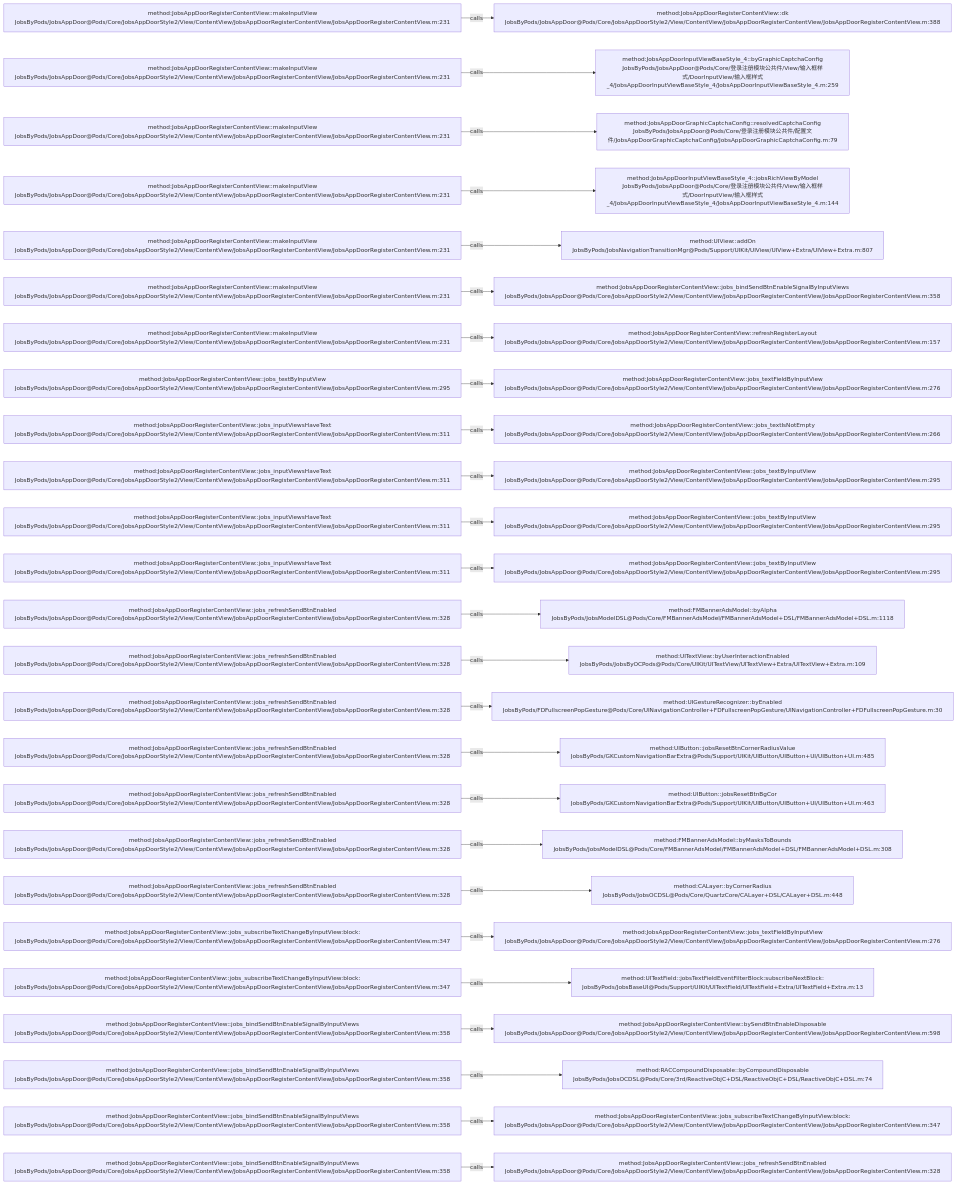
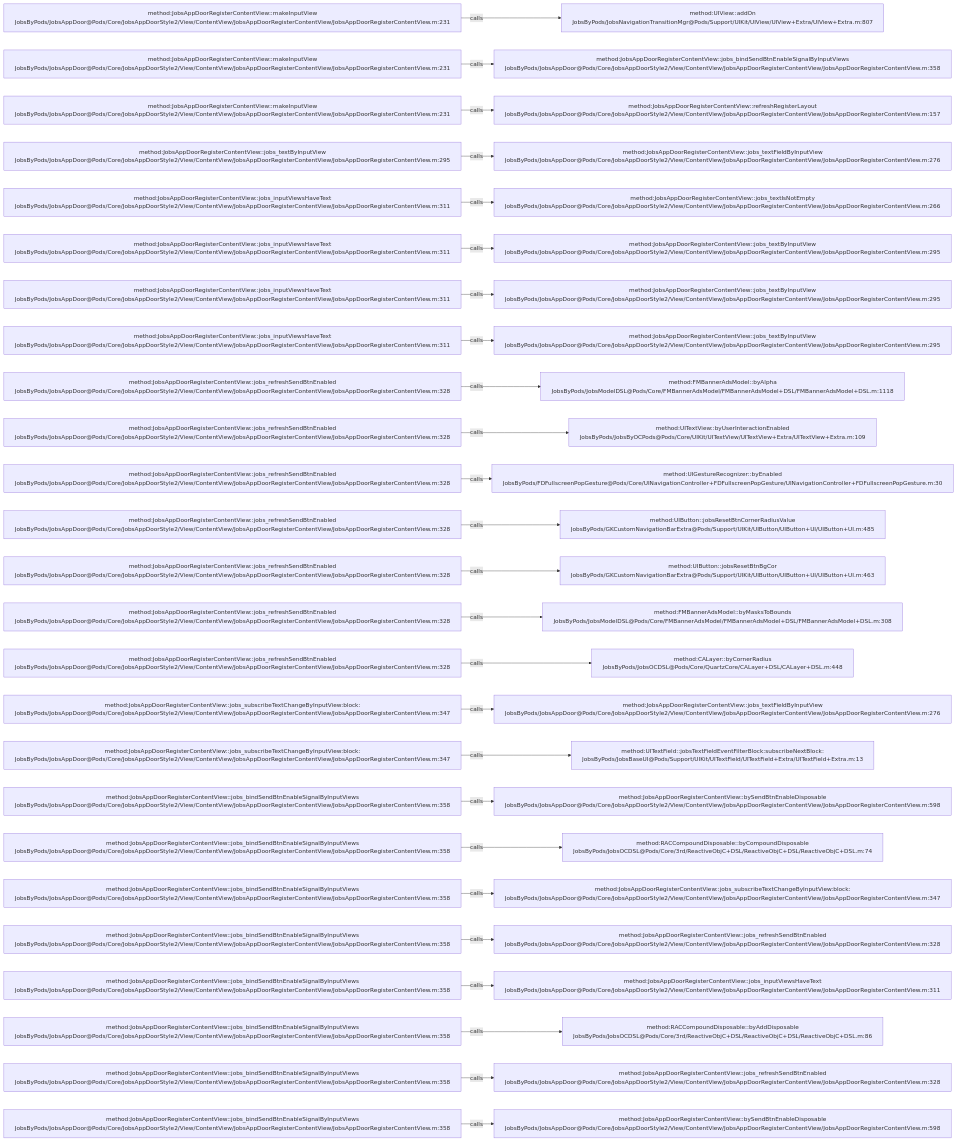
The diagram in .codegraph/codegraph.md/graphs/calls-128.md (JobsKits/JobsOCBaseConfigDemo), drawn with Mermaid before and after one commit. The commit also changed 116 other files, not shown here.

````diff
--- a/.codegraph/codegraph.md/graphs/calls-128.md
+++ b/.codegraph/codegraph.md/graphs/calls-128.md
@@ -13,78 +13,78 @@
 ```mermaid
 flowchart LR
   S1["method:JobsAppDoorRegisterContentView::makeInputView<br/>JobsByPods/JobsAppDoor@Pods/Core/JobsAppDoorStyle2/View/ContentView/JobsAppDoorRegisterContentView/JobsAppDoorRegisterContentView.m:231"]
-  T1["method:JobsAppDoorRegisterContentView::dk<br/>JobsByPods/JobsAppDoor@Pods/Core/JobsAppDoorStyle2/View/ContentView/JobsAppDoorRegisterContentView/JobsAppDoorRegisterContentView.m:388"]
+  T1["method:UIView::addOn<br/>JobsByPods/JobsNavigationTransitionMgr@Pods/Support/UIKit/UIView/UIView+Extra/UIView+Extra.m:807"]
   S1 -->|calls| T1
   S2["method:JobsAppDoorRegisterContentView::makeInputView<br/>JobsByPods/JobsAppDoor@Pods/Core/JobsAppDoorStyle2/View/ContentView/JobsAppDoorRegisterContentView/JobsAppDoorRegisterContentView.m:231"]
-  T2["method:JobsAppDoorInputViewBaseStyle_4::byGraphicCaptchaConfig<br/>JobsByPods/JobsAppDoor@Pods/Core/登录注册模块公共件/View/输入框样式/DoorInputView/输入框样式_4/JobsAppDoorInputViewBaseStyle_4/JobsAppDoorInputViewBaseStyle_4.m:259"]
+  T2["method:JobsAppDoorRegisterContentView::jobs_bindSendBtnEnableSignalByInputViews<br/>JobsByPods/JobsAppDoor@Pods/Core/JobsAppDoorStyle2/View/ContentView/JobsAppDoorRegisterContentView/JobsAppDoorRegisterContentView.m:358"]
   S2 -->|calls| T2
   S3["method:JobsAppDoorRegisterContentView::makeInputView<br/>JobsByPods/JobsAppDoor@Pods/Core/JobsAppDoorStyle2/View/ContentView/JobsAppDoorRegisterContentView/JobsAppDoorRegisterContentView.m:231"]
-  T3["method:JobsAppDoorGraphicCaptchaConfig::resolvedCaptchaConfig<br/>JobsByPods/JobsAppDoor@Pods/Core/登录注册模块公共件/配置文件/JobsAppDoorGraphicCaptchaConfig/JobsAppDoorGraphicCaptchaConfig.m:79"]
+  T3["method:JobsAppDoorRegisterContentView::refreshRegisterLayout<br/>JobsByPods/JobsAppDoor@Pods/Core/JobsAppDoorStyle2/View/ContentView/JobsAppDoorRegisterContentView/JobsAppDoorRegisterContentView.m:157"]
   S3 -->|calls| T3
-  S4["method:JobsAppDoorRegisterContentView::makeInputView<br/>JobsByPods/JobsAppDoor@Pods/Core/JobsAppDoorStyle2/View/ContentView/JobsAppDoorRegisterContentView/JobsAppDoorRegisterContentView.m:231"]
-  T4["method:JobsAppDoorInputViewBaseStyle_4::jobsRichViewByModel<br/>JobsByPods/JobsAppDoor@Pods/Core/登录注册模块公共件/View/输入框样式/DoorInputView/输入框样式_4/JobsAppDoorInputViewBaseStyle_4/JobsAppDoorInputViewBaseStyle_4.m:144"]
+  S4["method:JobsAppDoorRegisterContentView::jobs_textByInputView<br/>JobsByPods/JobsAppDoor@Pods/Core/JobsAppDoorStyle2/View/ContentView/JobsAppDoorRegisterContentView/JobsAppDoorRegisterContentView.m:295"]
+  T4["method:JobsAppDoorRegisterContentView::jobs_textFieldByInputView<br/>JobsByPods/JobsAppDoor@Pods/Core/JobsAppDoorStyle2/View/ContentView/JobsAppDoorRegisterContentView/JobsAppDoorRegisterContentView.m:276"]
   S4 -->|calls| T4
-  S5["method:JobsAppDoorRegisterContentView::makeInputView<br/>JobsByPods/JobsAppDoor@Pods/Core/JobsAppDoorStyle2/View/ContentView/JobsAppDoorRegisterContentView/JobsAppDoorRegisterContentView.m:231"]
-  T5["method:UIView::addOn<br/>JobsByPods/JobsNavigationTransitionMgr@Pods/Support/UIKit/UIView/UIView+Extra/UIView+Extra.m:807"]
+  S5["method:JobsAppDoorRegisterContentView::jobs_inputViewsHaveText<br/>JobsByPods/JobsAppDoor@Pods/Core/JobsAppDoorStyle2/View/ContentView/JobsAppDoorRegisterContentView/JobsAppDoorRegisterContentView.m:311"]
+  T5["method:JobsAppDoorRegisterContentView::jobs_textIsNotEmpty<br/>JobsByPods/JobsAppDoor@Pods/Core/JobsAppDoorStyle2/View/ContentView/JobsAppDoorRegisterContentView/JobsAppDoorRegisterContentView.m:266"]
   S5 -->|calls| T5
-  S6["method:JobsAppDoorRegisterContentView::makeInputView<br/>JobsByPods/JobsAppDoor@Pods/Core/JobsAppDoorStyle2/View/ContentView/JobsAppDoorRegisterContentView/JobsAppDoorRegisterContentView.m:231"]
-  T6["method:JobsAppDoorRegisterContentView::jobs_bindSendBtnEnableSignalByInputViews<br/>JobsByPods/JobsAppDoor@Pods/Core/JobsAppDoorStyle2/View/ContentView/JobsAppDoorRegisterContentView/JobsAppDoorRegisterContentView.m:358"]
+  S6["method:JobsAppDoorRegisterContentView::jobs_inputViewsHaveText<br/>JobsByPods/JobsAppDoor@Pods/Core/JobsAppDoorStyle2/View/ContentView/JobsAppDoorRegisterContentView/JobsAppDoorRegisterContentView.m:311"]
+  T6["method:JobsAppDoorRegisterContentView::jobs_textByInputView<br/>JobsByPods/JobsAppDoor@Pods/Core/JobsAppDoorStyle2/View/ContentView/JobsAppDoorRegisterContentView/JobsAppDoorRegisterContentView.m:295"]
   S6 -->|calls| T6
-  S7["method:JobsAppDoorRegisterContentView::makeInputView<br/>JobsByPods/JobsAppDoor@Pods/Core/JobsAppDoorStyle2/View/ContentView/JobsAppDoorRegisterContentView/JobsAppDoorRegisterContentView.m:231"]
-  T7["method:JobsAppDoorRegisterContentView::refreshRegisterLayout<br/>JobsByPods/JobsAppDoor@Pods/Core/JobsAppDoorStyle2/View/ContentView/JobsAppDoorRegisterContentView/JobsAppDoorRegisterContentView.m:157"]
+  S7["method:JobsAppDoorRegisterContentView::jobs_inputViewsHaveText<br/>JobsByPods/JobsAppDoor@Pods/Core/JobsAppDoorStyle2/View/ContentView/JobsAppDoorRegisterContentView/JobsAppDoorRegisterContentView.m:311"]
+  T7["method:JobsAppDoorRegisterContentView::jobs_textByInputView<br/>JobsByPods/JobsAppDoor@Pods/Core/JobsAppDoorStyle2/View/ContentView/JobsAppDoorRegisterContentView/JobsAppDoorRegisterContentView.m:295"]
   S7 -->|calls| T7
-  S8["method:JobsAppDoorRegisterContentView::jobs_textByInputView<br/>JobsByPods/JobsAppDoor@Pods/Core/JobsAppDoorStyle2/View/ContentView/JobsAppDoorRegisterContentView/JobsAppDoorRegisterContentView.m:295"]
-  T8["method:JobsAppDoorRegisterContentView::jobs_textFieldByInputView<br/>JobsByPods/JobsAppDoor@Pods/Core/JobsAppDoorStyle2/View/ContentView/JobsAppDoorRegisterContentView/JobsAppDoorRegisterContentView.m:276"]
+  S8["method:JobsAppDoorRegisterContentView::jobs_inputViewsHaveText<br/>JobsByPods/JobsAppDoor@Pods/Core/JobsAppDoorStyle2/View/ContentView/JobsAppDoorRegisterContentView/JobsAppDoorRegisterContentView.m:311"]
+  T8["method:JobsAppDoorRegisterContentView::jobs_textByInputView<br/>JobsByPods/JobsAppDoor@Pods/Core/JobsAppDoorStyle2/View/ContentView/JobsAppDoorRegisterContentView/JobsAppDoorRegisterContentView.m:295"]
   S8 -->|calls| T8
-  S9["method:JobsAppDoorRegisterContentView::jobs_inputViewsHaveText<br/>JobsByPods/JobsAppDoor@Pods/Core/JobsAppDoorStyle2/View/ContentView/JobsAppDoorRegisterContentView/JobsAppDoorRegisterContentView.m:311"]
-  T9["method:JobsAppDoorRegisterContentView::jobs_textIsNotEmpty<br/>JobsByPods/JobsAppDoor@Pods/Core/JobsAppDoorStyle2/View/ContentView/JobsAppDoorRegisterContentView/JobsAppDoorRegisterContentView.m:266"]
+  S9["method:JobsAppDoorRegisterContentView::jobs_refreshSendBtnEnabled<br/>JobsByPods/JobsAppDoor@Pods/Core/JobsAppDoorStyle2/View/ContentView/JobsAppDoorRegisterContentView/JobsAppDoorRegisterContentView.m:328"]
+  T9["method:FMBannerAdsModel::byAlpha<br/>JobsByPods/JobsModelDSL@Pods/Core/FMBannerAdsModel/FMBannerAdsModel+DSL/FMBannerAdsModel+DSL.m:1118"]
   S9 -->|calls| T9
-  S10["method:JobsAppDoorRegisterContentView::jobs_inputViewsHaveText<br/>JobsByPods/JobsAppDoor@Pods/Core/JobsAppDoorStyle2/View/ContentView/JobsAppDoorRegisterContentView/JobsAppDoorRegisterContentView.m:311"]
-  T10["method:JobsAppDoorRegisterContentView::jobs_textByInputView<br/>JobsByPods/JobsAppDoor@Pods/Core/JobsAppDoorStyle2/View/ContentView/JobsAppDoorRegisterContentView/JobsAppDoorRegisterContentView.m:295"]
+  S10["method:JobsAppDoorRegisterContentView::jobs_refreshSendBtnEnabled<br/>JobsByPods/JobsAppDoor@Pods/Core/JobsAppDoorStyle2/View/ContentView/JobsAppDoorRegisterContentView/JobsAppDoorRegisterContentView.m:328"]
+  T10["method:UITextView::byUserInteractionEnabled<br/>JobsByPods/JobsByOCPods@Pods/Core/UIKit/UITextView/UITextView+Extra/UITextView+Extra.m:109"]
   S10 -->|calls| T10
-  S11["method:JobsAppDoorRegisterContentView::jobs_inputViewsHaveText<br/>JobsByPods/JobsAppDoor@Pods/Core/JobsAppDoorStyle2/View/ContentView/JobsAppDoorRegisterContentView/JobsAppDoorRegisterContentView.m:311"]
-  T11["method:JobsAppDoorRegisterContentView::jobs_textByInputView<br/>JobsByPods/JobsAppDoor@Pods/Core/JobsAppDoorStyle2/View/ContentView/JobsAppDoorRegisterContentView/JobsAppDoorRegisterContentView.m:295"]
+  S11["method:JobsAppDoorRegisterContentView::jobs_refreshSendBtnEnabled<br/>JobsByPods/JobsAppDoor@Pods/Core/JobsAppDoorStyle2/View/ContentView/JobsAppDoorRegisterContentView/JobsAppDoorRegisterContentView.m:328"]
+  T11["method:UIGestureRecognizer::byEnabled<br/>JobsByPods/FDFullscreenPopGesture@Pods/Core/UINavigationController+FDFullscreenPopGesture/UINavigationController+FDFullscreenPopGesture.m:30"]
   S11 -->|calls| T11
-  S12["method:JobsAppDoorRegisterContentView::jobs_inputViewsHaveText<br/>JobsByPods/JobsAppDoor@Pods/Core/JobsAppDoorStyle2/View/ContentView/JobsAppDoorRegisterContentView/JobsAppDoorRegisterContentView.m:311"]
-  T12["method:JobsAppDoorRegisterContentView::jobs_textByInputView<br/>JobsByPods/JobsAppDoor@Pods/Core/JobsAppDoorStyle2/View/ContentView/JobsAppDoorRegisterContentView/JobsAppDoorRegisterContentView.m:295"]
+  S12["method:JobsAppDoorRegisterContentView::jobs_refreshSendBtnEnabled<br/>JobsByPods/JobsAppDoor@Pods/Core/JobsAppDoorStyle2/View/ContentView/JobsAppDoorRegisterContentView/JobsAppDoorRegisterContentView.m:328"]
+  T12["method:UIButton::jobsResetBtnCornerRadiusValue<br/>JobsByPods/GKCustomNavigationBarExtra@Pods/Support/UIKit/UIButton/UIButton+UI/UIButton+UI.m:485"]
   S12 -->|calls| T12
   S13["method:JobsAppDoorRegisterContentView::jobs_refreshSendBtnEnabled<br/>JobsByPods/JobsAppDoor@Pods/Core/JobsAppDoorStyle2/View/ContentView/JobsAppDoorRegisterContentView/JobsAppDoorRegisterContentView.m:328"]
-  T13["method:FMBannerAdsModel::byAlpha<br/>JobsByPods/JobsModelDSL@Pods/Core/FMBannerAdsModel/FMBannerAdsModel+DSL/FMBannerAdsModel+DSL.m:1118"]
+  T13["method:UIButton::jobsResetBtnBgCor<br/>JobsByPods/GKCustomNavigationBarExtra@Pods/Support/UIKit/UIButton/UIButton+UI/UIButton+UI.m:463"]
   S13 -->|calls| T13
   S14["method:JobsAppDoorRegisterContentView::jobs_refreshSendBtnEnabled<br/>JobsByPods/JobsAppDoor@Pods/Core/JobsAppDoorStyle2/View/ContentView/JobsAppDoorRegisterContentView/JobsAppDoorRegisterContentView.m:328"]
-  T14["method:UITextView::byUserInteractionEnabled<br/>JobsByPods/JobsByOCPods@Pods/Core/UIKit/UITextView/UITextView+Extra/UITextView+Extra.m:109"]
+  T14["method:FMBannerAdsModel::byMasksToBounds<br/>JobsByPods/JobsModelDSL@Pods/Core/FMBannerAdsModel/FMBannerAdsModel+DSL/FMBannerAdsModel+DSL.m:308"]
   S14 -->|calls| T14
   S15["method:JobsAppDoorRegisterContentView::jobs_refreshSendBtnEnabled<br/>JobsByPods/JobsAppDoor@Pods/Core/JobsAppDoorStyle2/View/ContentView/JobsAppDoorRegisterContentView/JobsAppDoorRegisterContentView.m:328"]
-  T15["method:UIGestureRecognizer::byEnabled<br/>JobsByPods/FDFullscreenPopGesture@Pods/Core/UINavigationController+FDFullscreenPopGesture/UINavigationController+FDFullscreenPopGesture.m:30"]
+  T15["method:CALayer::byCornerRadius<br/>JobsByPods/JobsOCDSL@Pods/Core/QuartzCore/CALayer+DSL/CALayer+DSL.m:448"]
   S15 -->|calls| T15
-  S16["method:JobsAppDoorRegisterContentView::jobs_refreshSendBtnEnabled<br/>JobsByPods/JobsAppDoor@Pods/Core/JobsAppDoorStyle2/View/ContentView/JobsAppDoorRegisterContentView/JobsAppDoorRegisterContentView.m:328"]
-  T16["method:UIButton::jobsResetBtnCornerRadiusValue<br/>JobsByPods/GKCustomNavigationBarExtra@Pods/Support/UIKit/UIButton/UIButton+UI/UIButton+UI.m:485"]
+  S16["method:JobsAppDoorRegisterContentView::jobs_subscribeTextChangeByInputView:block:<br/>JobsByPods/JobsAppDoor@Pods/Core/JobsAppDoorStyle2/View/ContentView/JobsAppDoorRegisterContentView/JobsAppDoorRegisterContentView.m:347"]
+  T16["method:JobsAppDoorRegisterContentView::jobs_textFieldByInputView<br/>JobsByPods/JobsAppDoor@Pods/Core/JobsAppDoorStyle2/View/ContentView/JobsAppDoorRegisterContentView/JobsAppDoorRegisterContentView.m:276"]
   S16 -->|calls| T16
-  S17["method:JobsAppDoorRegisterContentView::jobs_refreshSendBtnEnabled<br/>JobsByPods/JobsAppDoor@Pods/Core/JobsAppDoorStyle2/View/ContentView/JobsAppDoorRegisterContentView/JobsAppDoorRegisterContentView.m:328"]
-  T17["method:UIButton::jobsResetBtnBgCor<br/>JobsByPods/GKCustomNavigationBarExtra@Pods/Support/UIKit/UIButton/UIButton+UI/UIButton+UI.m:463"]
+  S17["method:JobsAppDoorRegisterContentView::jobs_subscribeTextChangeByInputView:block:<br/>JobsByPods/JobsAppDoor@Pods/Core/JobsAppDoorStyle2/View/ContentView/JobsAppDoorRegisterContentView/JobsAppDoorRegisterContentView.m:347"]
+  T17["method:UITextField::jobsTextFieldEventFilterBlock:subscribeNextBlock:<br/>JobsByPods/JobsBaseUI@Pods/Support/UIKit/UITextField/UITextField+Extra/UITextField+Extra.m:13"]
   S17 -->|calls| T17
-  S18["method:JobsAppDoorRegisterContentView::jobs_refreshSendBtnEnabled<br/>JobsByPods/JobsAppDoor@Pods/Core/JobsAppDoorStyle2/View/ContentView/JobsAppDoorRegisterContentView/JobsAppDoorRegisterContentView.m:328"]
-  T18["method:FMBannerAdsModel::byMasksToBounds<br/>JobsByPods/JobsModelDSL@Pods/Core/FMBannerAdsModel/FMBannerAdsModel+DSL/FMBannerAdsModel+DSL.m:308"]
+  S18["method:JobsAppDoorRegisterContentView::jobs_bindSendBtnEnableSignalByInputViews<br/>JobsByPods/JobsAppDoor@Pods/Core/JobsAppDoorStyle2/View/ContentView/JobsAppDoorRegisterContentView/JobsAppDoorRegisterContentView.m:358"]
+  T18["method:JobsAppDoorRegisterContentView::bySendBtnEnableDisposable<br/>JobsByPods/JobsAppDoor@Pods/Core/JobsAppDoorStyle2/View/ContentView/JobsAppDoorRegisterContentView/JobsAppDoorRegisterContentView.m:598"]
   S18 -->|calls| T18
-  S19["method:JobsAppDoorRegisterContentView::jobs_refreshSendBtnEnabled<br/>JobsByPods/JobsAppDoor@Pods/Core/JobsAppDoorStyle2/View/ContentView/JobsAppDoorRegisterContentView/JobsAppDoorRegisterContentView.m:328"]
-  T19["method:CALayer::byCornerRadius<br/>JobsByPods/JobsOCDSL@Pods/Core/QuartzCore/CALayer+DSL/CALayer+DSL.m:448"]
+  S19["method:JobsAppDoorRegisterContentView::jobs_bindSendBtnEnableSignalByInputViews<br/>JobsByPods/JobsAppDoor@Pods/Core/JobsAppDoorStyle2/View/ContentView/JobsAppDoorRegisterContentView/JobsAppDoorRegisterContentView.m:358"]
+  T19["method:RACCompoundDisposable::byCompoundDisposable<br/>JobsByPods/JobsOCDSL@Pods/Core/3rd/ReactiveObjC+DSL/ReactiveObjC+DSL/ReactiveObjC+DSL.m:74"]
   S19 -->|calls| T19
-  S20["method:JobsAppDoorRegisterContentView::jobs_subscribeTextChangeByInputView:block:<br/>JobsByPods/JobsAppDoor@Pods/Core/JobsAppDoorStyle2/View/ContentView/JobsAppDoorRegisterContentView/JobsAppDoorRegisterContentView.m:347"]
-  T20["method:JobsAppDoorRegisterContentView::jobs_textFieldByInputView<br/>JobsByPods/JobsAppDoor@Pods/Core/JobsAppDoorStyle2/View/ContentView/JobsAppDoorRegisterContentView/JobsAppDoorRegisterContentView.m:276"]
+  S20["method:JobsAppDoorRegisterContentView::jobs_bindSendBtnEnableSignalByInputViews<br/>JobsByPods/JobsAppDoor@Pods/Core/JobsAppDoorStyle2/View/ContentView/JobsAppDoorRegisterContentView/JobsAppDoorRegisterContentView.m:358"]
+  T20["method:JobsAppDoorRegisterContentView::jobs_subscribeTextChangeByInputView:block:<br/>JobsByPods/JobsAppDoor@Pods/Core/JobsAppDoorStyle2/View/ContentView/JobsAppDoorRegisterContentView/JobsAppDoorRegisterContentView.m:347"]
   S20 -->|calls| T20
-  S21["method:JobsAppDoorRegisterContentView::jobs_subscribeTextChangeByInputView:block:<br/>JobsByPods/JobsAppDoor@Pods/Core/JobsAppDoorStyle2/View/ContentView/JobsAppDoorRegisterContentView/JobsAppDoorRegisterContentView.m:347"]
-  T21["method:UITextField::jobsTextFieldEventFilterBlock:subscribeNextBlock:<br/>JobsByPods/JobsBaseUI@Pods/Support/UIKit/UITextField/UITextField+Extra/UITextField+Extra.m:13"]
+  S21["method:JobsAppDoorRegisterContentView::jobs_bindSendBtnEnableSignalByInputViews<br/>JobsByPods/JobsAppDoor@Pods/Core/JobsAppDoorStyle2/View/ContentView/JobsAppDoorRegisterContentView/JobsAppDoorRegisterContentView.m:358"]
+  T21["method:JobsAppDoorRegisterContentView::jobs_refreshSendBtnEnabled<br/>JobsByPods/JobsAppDoor@Pods/Core/JobsAppDoorStyle2/View/ContentView/JobsAppDoorRegisterContentView/JobsAppDoorRegisterContentView.m:328"]
   S21 -->|calls| T21
   S22["method:JobsAppDoorRegisterContentView::jobs_bindSendBtnEnableSignalByInputViews<br/>JobsByPods/JobsAppDoor@Pods/Core/JobsAppDoorStyle2/View/ContentView/JobsAppDoorRegisterContentView/JobsAppDoorRegisterContentView.m:358"]
-  T22["method:JobsAppDoorRegisterContentView::bySendBtnEnableDisposable<br/>JobsByPods/JobsAppDoor@Pods/Core/JobsAppDoorStyle2/View/ContentView/JobsAppDoorRegisterContentView/JobsAppDoorRegisterContentView.m:598"]
+  T22["method:JobsAppDoorRegisterContentView::jobs_inputViewsHaveText<br/>JobsByPods/JobsAppDoor@Pods/Core/JobsAppDoorStyle2/View/ContentView/JobsAppDoorRegisterContentView/JobsAppDoorRegisterContentView.m:311"]
   S22 -->|calls| T22
   S23["method:JobsAppDoorRegisterContentView::jobs_bindSendBtnEnableSignalByInputViews<br/>JobsByPods/JobsAppDoor@Pods/Core/JobsAppDoorStyle2/View/ContentView/JobsAppDoorRegisterContentView/JobsAppDoorRegisterContentView.m:358"]
-  T23["method:RACCompoundDisposable::byCompoundDisposable<br/>JobsByPods/JobsOCDSL@Pods/Core/3rd/ReactiveObjC+DSL/ReactiveObjC+DSL/ReactiveObjC+DSL.m:74"]
+  T23["method:RACCompoundDisposable::byAddDisposable<br/>JobsByPods/JobsOCDSL@Pods/Core/3rd/ReactiveObjC+DSL/ReactiveObjC+DSL/ReactiveObjC+DSL.m:86"]
   S23 -->|calls| T23
   S24["method:JobsAppDoorRegisterContentView::jobs_bindSendBtnEnableSignalByInputViews<br/>JobsByPods/JobsAppDoor@Pods/Core/JobsAppDoorStyle2/View/ContentView/JobsAppDoorRegisterContentView/JobsAppDoorRegisterContentView.m:358"]
-  T24["method:JobsAppDoorRegisterContentView::jobs_subscribeTextChangeByInputView:block:<br/>JobsByPods/JobsAppDoor@Pods/Core/JobsAppDoorStyle2/View/ContentView/JobsAppDoorRegisterContentView/JobsAppDoorRegisterContentView.m:347"]
+  T24["method:JobsAppDoorRegisterContentView::jobs_refreshSendBtnEnabled<br/>JobsByPods/JobsAppDoor@Pods/Core/JobsAppDoorStyle2/View/ContentView/JobsAppDoorRegisterContentView/JobsAppDoorRegisterContentView.m:328"]
   S24 -->|calls| T24
   S25["method:JobsAppDoorRegisterContentView::jobs_bindSendBtnEnableSignalByInputViews<br/>JobsByPods/JobsAppDoor@Pods/Core/JobsAppDoorStyle2/View/ContentView/JobsAppDoorRegisterContentView/JobsAppDoorRegisterContentView.m:358"]
-  T25["method:JobsAppDoorRegisterContentView::jobs_refreshSendBtnEnabled<br/>JobsByPods/JobsAppDoor@Pods/Core/JobsAppDoorStyle2/View/ContentView/JobsAppDoorRegisterContentView/JobsAppDoorRegisterContentView.m:328"]
+  T25["method:JobsAppDoorRegisterContentView::bySendBtnEnableDisposable<br/>JobsByPods/JobsAppDoor@Pods/Core/JobsAppDoorStyle2/View/ContentView/JobsAppDoorRegisterContentView/JobsAppDoorRegisterContentView.m:598"]
   S25 -->|calls| T25
 ```
````
